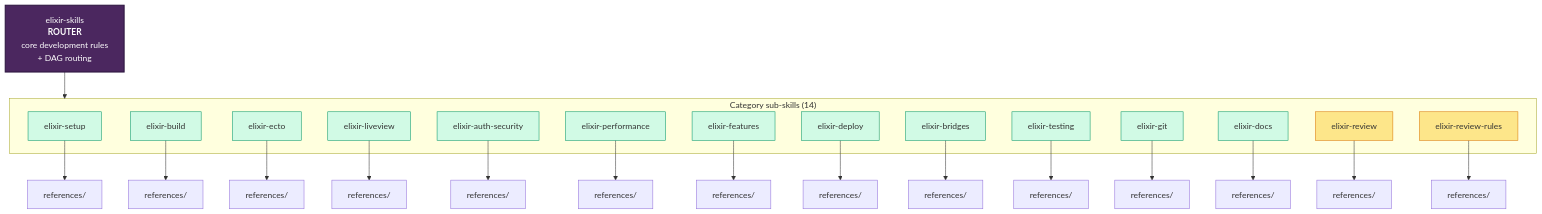
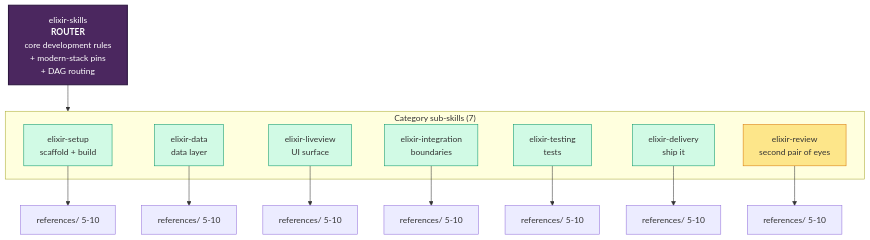
The diagram in README.md (alvarolizama/elixir-skills), drawn with Mermaid before and after one commit. The commit also changed other lines of this file and 1 other file, not shown here.

First line of the commit message:
docs(router): v2 router with 7-category DAG, verified modern-stack pins, README SOUL system-prompt block

````diff
--- a/README.md
+++ b/README.md
@@ -23,52 +23,31 @@
 ```mermaid
 flowchart TD
-    R["elixir-skills<br/><b>ROUTER</b><br/>core development rules<br/>+ DAG routing"] --> CATS
+    R["elixir-skills<br/><b>ROUTER</b><br/>core development rules<br/>+ modern-stack pins<br/>+ DAG routing"] --> CATS
 
-    subgraph CATS["Category sub-skills (14)"]
-        SETUP["elixir-setup"]
-        BUILD["elixir-build"]
-        ECTO["elixir-ecto"]
-        LV["elixir-liveview"]
-        AUTH["elixir-auth-security"]
-        PERF["elixir-performance"]
-        FEAT["elixir-features"]
-        DEPLOY["elixir-deploy"]
-        BRIDGES["elixir-bridges"]
-        TEST["elixir-testing"]
-        GIT["elixir-git"]
-        DOCS["elixir-docs"]
-        REVIEW["elixir-review"]
-        RULES["elixir-review-rules"]
+    subgraph CATS["Category sub-skills (7)"]
+        SETUP["elixir-setup<br/>scaffold + build"]
+        DATA["elixir-data<br/>data layer"]
+        LV["elixir-liveview<br/>UI surface"]
+        INTEG["elixir-integration<br/>boundaries"]
+        TEST["elixir-testing<br/>tests"]
+        DELIV["elixir-delivery<br/>ship it"]
+        REVIEW["elixir-review<br/>second pair of eyes"]
     end
 
-    SETUP --> SETUPR["references/"]
-    BUILD --> BUILDR["references/"]
-    ECTO --> ECTOR["references/"]
-    LV --> LVR["references/"]
-    AUTH --> AUTHR["references/"]
-    PERF --> PERFR["references/"]
-    FEAT --> FEATR["references/"]
-    DEPLOY --> DEPLOYR["references/"]
-    BRIDGES --> BRIDGESR["references/"]
-    TEST --> TESTR["references/"]
-    GIT --> GITR["references/"]
-    DOCS --> DOCSR["references/"]
-    REVIEW --> REVIEWR["references/"]
-    RULES --> RULESR["references/"]
+    SETUP --> SETUPR["references/ 5-10"]
+    DATA --> DATAR["references/ 5-10"]
+    LV --> LVR["references/ 5-10"]
+    INTEG --> INTEGR["references/ 5-10"]
+    TEST --> TESTR["references/ 5-10"]
+    DELIV --> DELIVR["references/ 5-10"]
+    REVIEW --> REVIEWR["references/ 5-10"]
 
     style R fill:#4B275F,color:#fff,stroke:#2d1740,stroke-width:2px
     style SETUP fill:#d1fae5,stroke:#059669
-    style BUILD fill:#d1fae5,stroke:#059669
-    style ECTO fill:#d1fae5,stroke:#059669
+    style DATA fill:#d1fae5,stroke:#059669
     style LV fill:#d1fae5,stroke:#059669
-    style AUTH fill:#d1fae5,stroke:#059669
-    style PERF fill:#d1fae5,stroke:#059669
-    style FEAT fill:#d1fae5,stroke:#059669
-    style DEPLOY fill:#d1fae5,stroke:#059669
-    style BRIDGES fill:#d1fae5,stroke:#059669
+    style INTEG fill:#d1fae5,stroke:#059669
     style TEST fill:#d1fae5,stroke:#059669
-    style GIT fill:#d1fae5,stroke:#059669
-    style DOCS fill:#d1fae5,stroke:#059669
+    style DELIV fill:#d1fae5,stroke:#059669
     style REVIEW fill:#fde68a,stroke:#d97706
-    style RULES fill:#fde68a,stroke:#d97706
 ```
````
